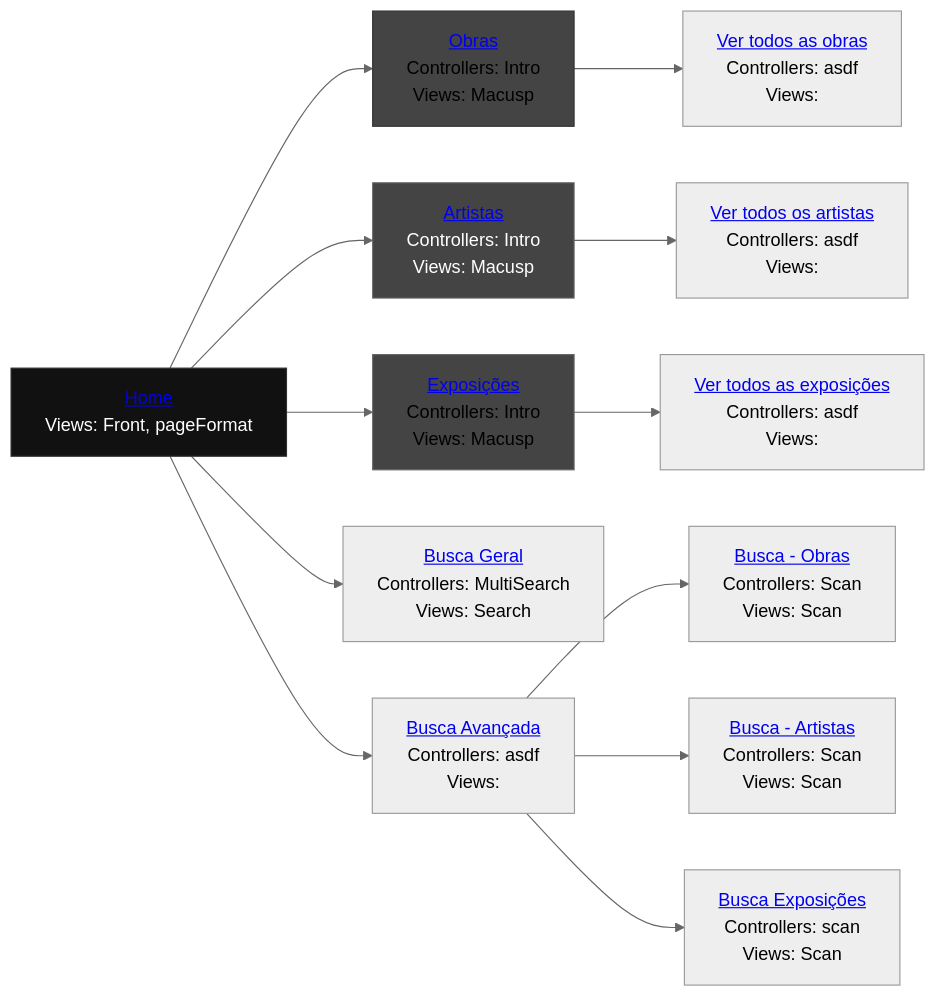
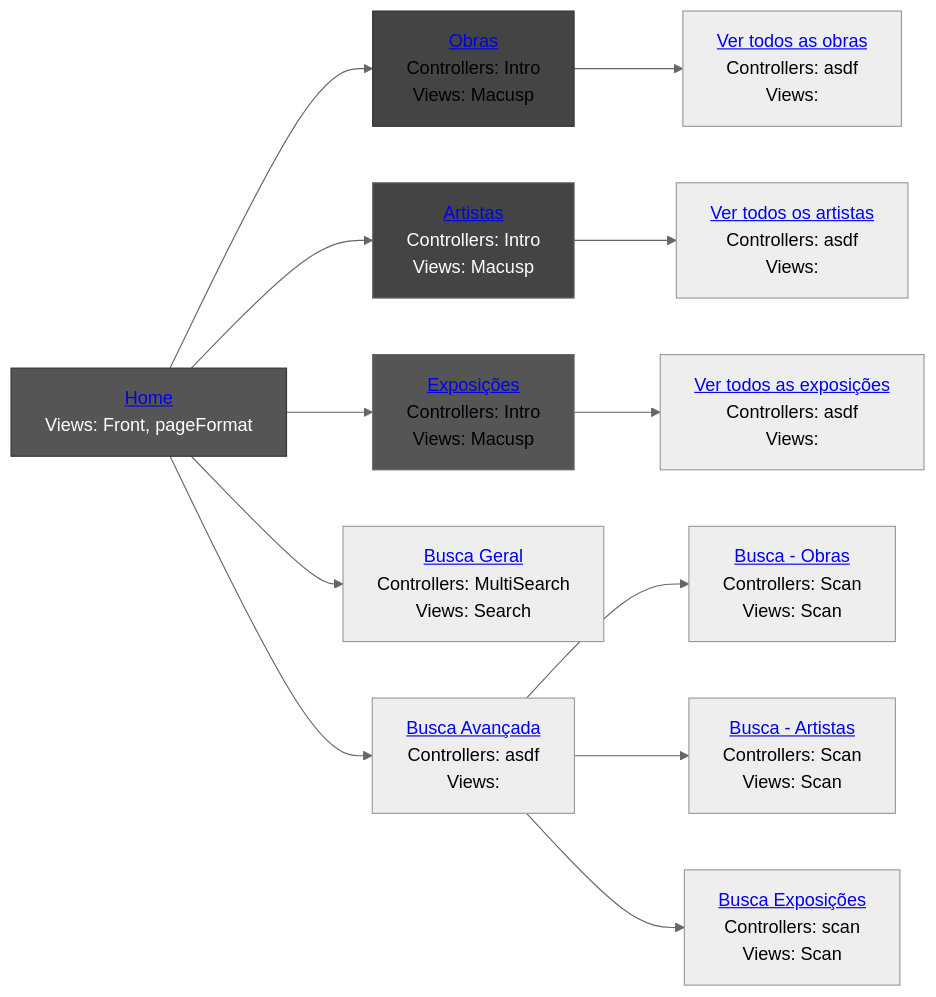
The diagram in README.md (reynaldocv/macusp), drawn with Mermaid (neutral theme) before and after one commit.

````diff
--- a/README.md
+++ b/README.md
@@ -249,36 +249,36 @@
 ```mermaid
 graph LR
     %% Parte superior e inferior del primer puesto
     home["           <a href='http://143.107.130.173/admacervo/macusp/index.php'> Home </a> <br> Views: Front, pageFormat"]
     works["          <a href='http://143.107.130.173/admacervo/macusp/index.php/Intro/works'>Obras</a>      <br> Controllers: Intro <br> Views: Macusp"]
     artists["        <a href='http://143.107.130.173/admacervo/macusp/index.php/Intro/artists'>Artistas</a>  <br> Controllers: Intro <br> Views: Macusp"]
     exhibitions["    <a href='http://143.107.130.173/admacervo/macusp/index.php/Intro/exhibitions'>Exposições</a> <br> Controllers: Intro <br> Views: Macusp"]
     search["         <a href='https://link.com'> Busca Geral </a> <br>  Controllers: MultiSearch <br>  Views: Search "]
     advancedSearch[" <a href='https://link.com'> Busca Avançada</a> <br>  Controllers: </strong> asdf <br>  Views: "]
     viewWorks[" <a href='https://link.com'> Ver todos as obras</a> <br>  Controllers: </strong> asdf <br>  Views: "]
     viewArtists[" <a href='https://link.com'> Ver todos os artistas</a> <br>  Controllers: </strong> asdf <br>  Views: "]
     viewExhibitions[" <a href='https://link.com'> Ver todos as exposições</a> <br>  Controllers: </strong> asdf <br>  Views: "]
     asWorks["<a href='http://143.107.130.173/admacervo/macusp/index.php/Scan/advanced/works'> Busca - Obras</a> <br>  Controllers: Scan <br> Views: Scan"]
     asArtists["<a href='http://143.107.130.173/admacervo/macusp/index.php/Scan/advanced/artists'> Busca - Artistas</a> <br>  Controllers: Scan <br> Views: Scan "]
     asExhibitions["<a href='http://143.107.130.173/admacervo/macusp/index.php/Scan/advanced/exhibitions'> Busca Exposições </a> <br> Controllers: scan <br>  Views: Scan  "]
     
     %% Conexión del organigrama (une la parte inferior de uno con la superior del otro)
     home --> works
     home --> artists
     home --> exhibitions
     home --> search
     home --> advancedSearch
     works --> viewWorks
     artists --> viewArtists    
     exhibitions --> viewExhibitions
     advancedSearch --> asWorks
     advancedSearch --> asArtists
     advancedSearch --> asExhibitions
 
 
     %% Estilos para que parezcan una sola pieza
-    style home fill:#111,stroke:#333,color:#fff
+    style home fill:#555,stroke:#333,color:#fff
     style works fill:#444,stroke:#333
     style artists fill:#444,stroke:#666,color:#fff
-    style exhibitions fill:#444,stroke:#666
+    style exhibitions fill:#555,stroke:#666
 ```
````
